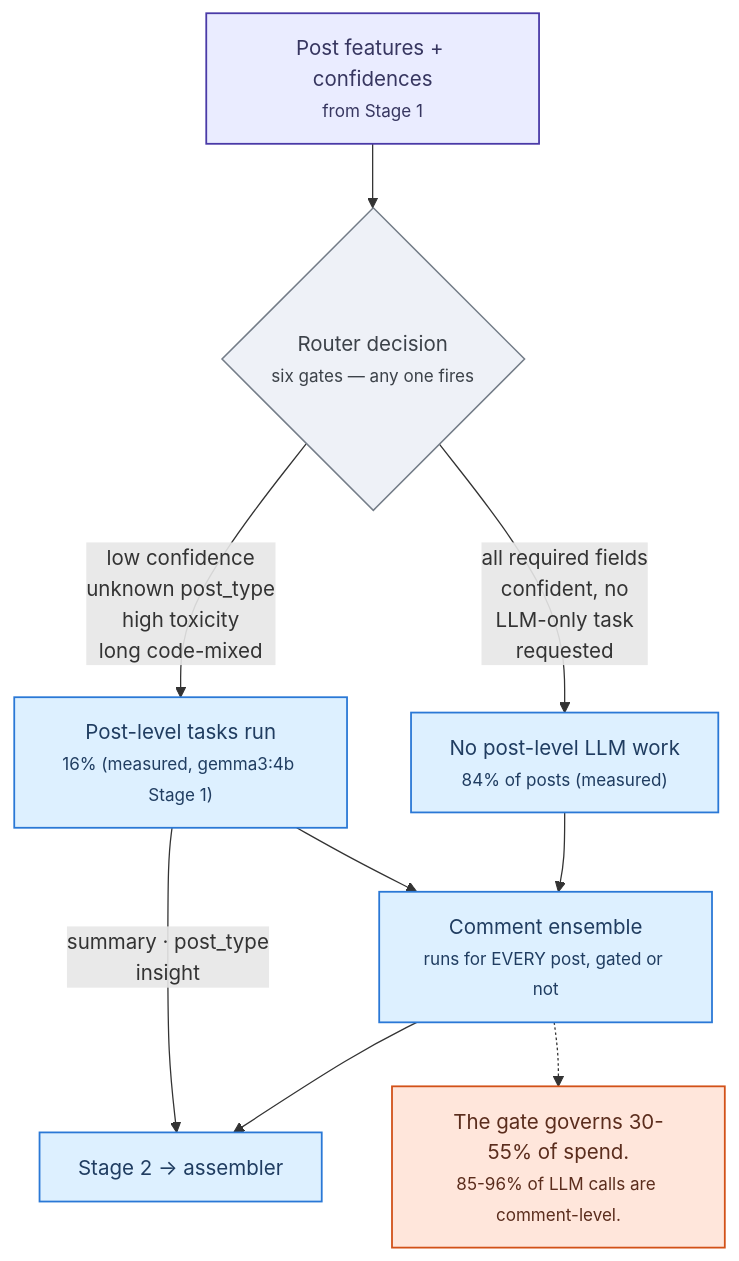
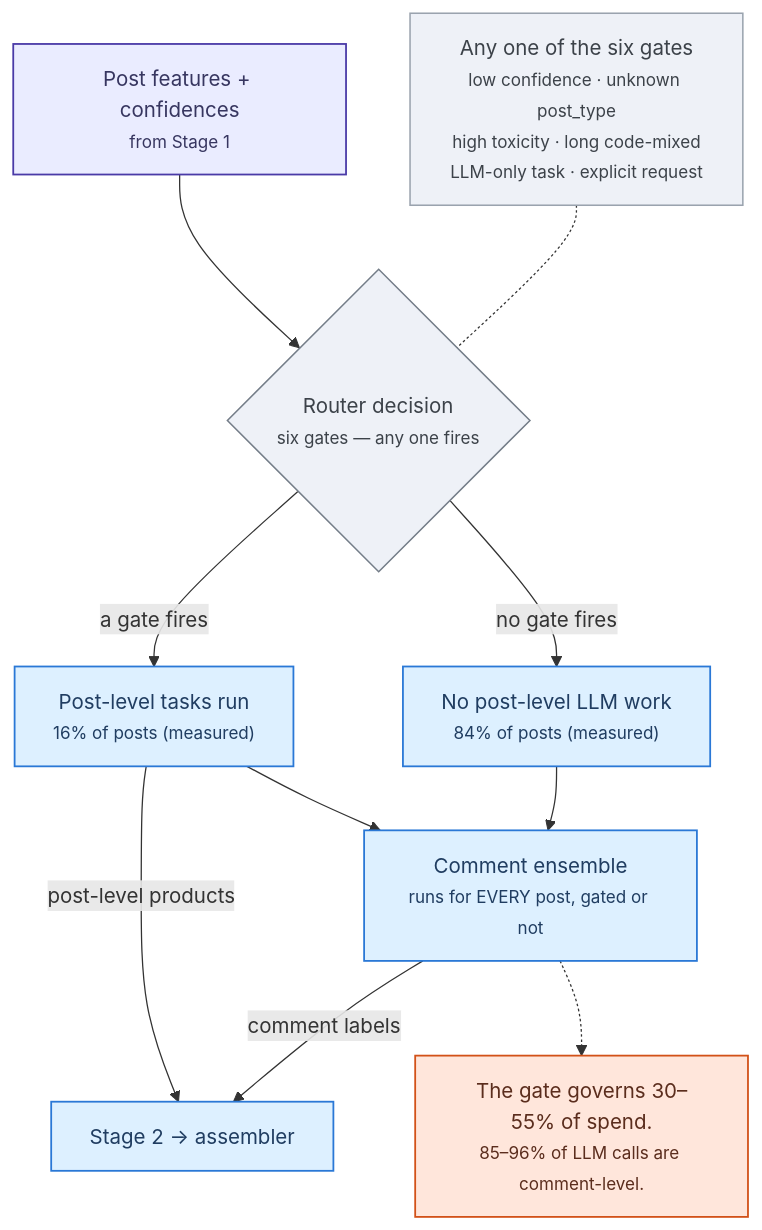
One commit to Bishwajit-2810/Defense changed the diagram in paper/diagrams/fig-router.mmd. Above: the diagram before and after it, drawn with Mermaid. The commit also changed 40 other files, not shown here.

```diff
--- a/paper/diagrams/fig-router.mmd
+++ b/paper/diagrams/fig-router.mmd
@@ -1,31 +1,36 @@
 graph TD
     In["Post features + confidences<br/><small>from Stage 1</small>"]
     Gate{"Router decision<br/><small>six gates — any one fires</small>"}
     In --> Gate
 
+    B["Post-level tasks run<br/><small>16% of posts (measured)</small>"]
     A["No post-level LLM work<br/><small>84% of posts (measured)</small>"]
-    B["Post-level tasks run<br/><small>16% (measured, gemma3:4b Stage 1)</small>"]
 
-    Gate -- "all required fields<br/>confident, no<br/>LLM-only task<br/>requested" --> A
-    Gate -- "low confidence<br/>unknown post_type<br/>high toxicity<br/>long code-mixed" --> B
+    Gates["Any one of the six gates<br/><small>low confidence · unknown post_type<br/>high toxicity · long code-mixed<br/>LLM-only task · explicit request</small>"]
+    Gates -.- Gate
+
+    Gate -- "a gate fires" --> B
+    Gate -- "no gate fires" --> A
 
     Comments["Comment ensemble<br/><small>runs for EVERY post, gated or not</small>"]
+    B --> Comments
     A --> Comments
-    B --> Comments
 
     Out["Stage 2 → assembler"]
-    Comments --> Out
-    B -- "summary · post_type<br/>insight" --> Out
+    B -- "post-level products" --> Out
+    Comments -- "comment labels" --> Out
 
-    Note["The gate governs 30-55% of spend.<br/><small>85-96% of LLM calls are comment-level.</small>"]
+    Note["The gate governs 30–55% of spend.<br/><small>85–96% of LLM calls are comment-level.</small>"]
     Comments -.-> Note
 
     class In entry
     class Gate tool
+    class Gates grey
     class A,B,Comments,Out svc
     class Note obs
 
     classDef entry fill:#eaecff,stroke:#4a3aa7,stroke-width:1.4px,color:#373660
     classDef svc fill:#ddf0ff,stroke:#2a78d6,stroke-width:1.4px,color:#203d61
     classDef obs fill:#ffe6db,stroke:#d25118,stroke-width:1.4px,color:#5b2d1d
     classDef tool fill:#eef1f7,stroke:#747d88,stroke-width:1.2px,color:#3c4249
+    classDef grey fill:#eef1f7,stroke:#9aa3ae,stroke-width:1.2px,color:#3c4249
```
